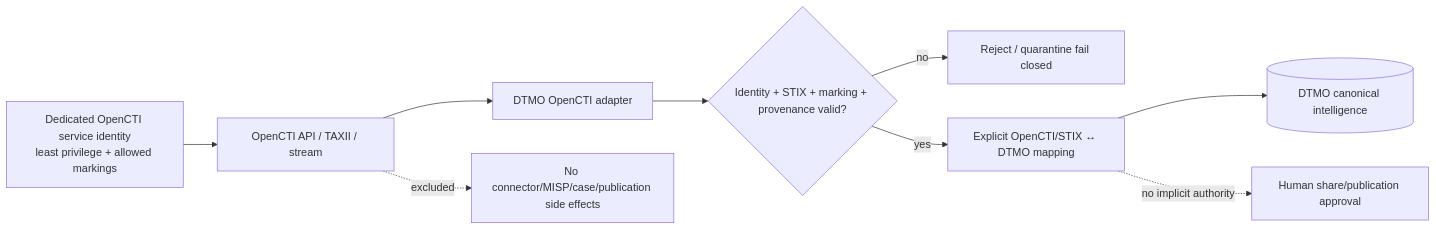
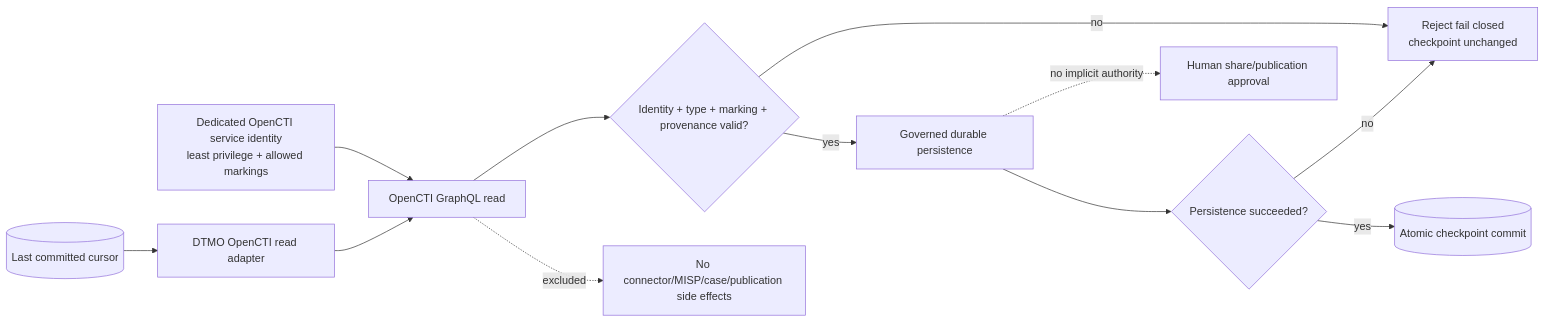
The diagram in docs/security/SECURITY_OVERVIEW.md (GJvManen/dtmo), drawn with Mermaid before and after one commit. The commit also changed other lines of this file, not shown here.

Commit message:
Phase 11.4: update OpenCTI read-adapter security boundary

````diff
--- a/docs/security/SECURITY_OVERVIEW.md
+++ b/docs/security/SECURITY_OVERVIEW.md
@@ -58,11 +60,14 @@
 ```mermaid
 flowchart LR
-    I[Dedicated OpenCTI service identity\nleast privilege + allowed markings] --> O[OpenCTI API / TAXII / stream]
-    O --> A[DTMO OpenCTI adapter]
-    A --> V{Identity + STIX + marking + provenance valid?}
-    V -->|no| Q[Reject / quarantine fail closed]
-    V -->|yes| M[Explicit OpenCTI/STIX ↔ DTMO mapping]
-    M --> D[(DTMO canonical intelligence)]
-    M -. no implicit authority .-> S[Human share/publication approval]
+    I[Dedicated OpenCTI service identity\nleast privilege + allowed markings] --> O[OpenCTI GraphQL read]
+    C[(Last committed cursor)] --> A[DTMO OpenCTI read adapter]
+    A --> O
+    O --> V{Identity + type + marking + provenance valid?}
+    V -->|no| Q[Reject fail closed\ncheckpoint unchanged]
+    V -->|yes| P[Governed durable persistence]
+    P --> K{Persistence succeeded?}
+    K -->|no| Q
+    K -->|yes| N[(Atomic checkpoint commit)]
+    P -. no implicit authority .-> S[Human share/publication approval]
     O -. excluded .-> X[No connector/MISP/case/publication side effects]
 ```
````
